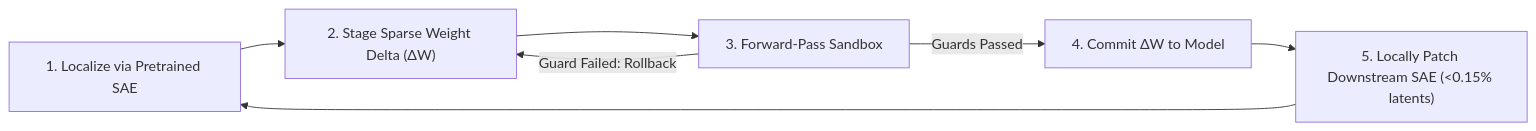
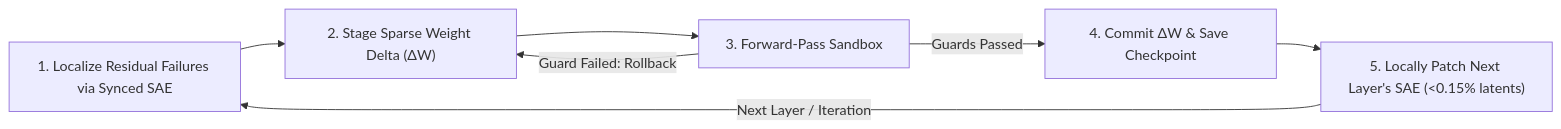
The diagram in README.md (geryfabrega/metacognitive_weight_editing), drawn with Mermaid before and after one commit. The commit also changed other lines of this file and 6 other files, not shown here.

Commit message:
Add multi-iteration SAE residual-boosting weight edit loop and checkpoint saving

````diff
--- a/README.md
+++ b/README.md
@@ -7,9 +7,9 @@
 ```mermaid
 flowchart LR
-    A["1. Localize via Pretrained SAE"] --> B["2. Stage Sparse Weight Delta (ΔW)"]
+    A["1. Localize Residual Failures via Synced SAE"] --> B["2. Stage Sparse Weight Delta (ΔW)"]
     B --> C["3. Forward-Pass Sandbox"]
     C -->|Guard Failed: Rollback| B
-    C -->|Guards Passed| D["4. Commit ΔW to Model"]
-    D --> E["5. Locally Patch Downstream SAE (<0.15% latents)"]
-    E --> A
+    C -->|Guards Passed| D["4. Commit ΔW & Save Checkpoint"]
+    D --> E["5. Locally Patch Next Layer's SAE (<0.15% latents)"]
+    E -->|Next Layer / Iteration| A
 ```
````
